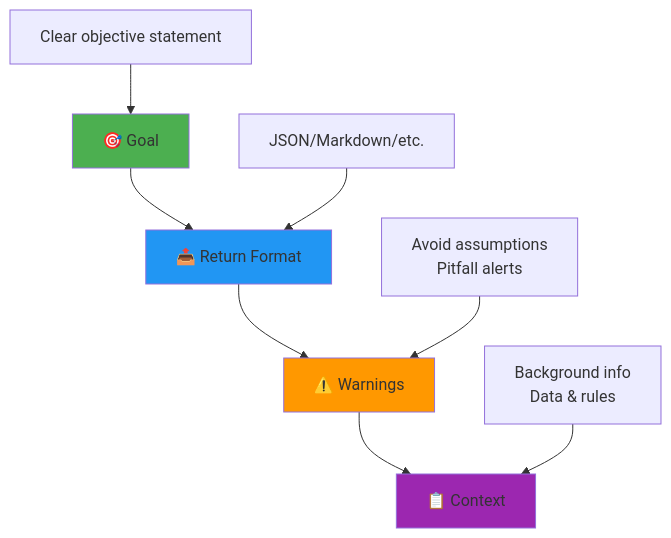
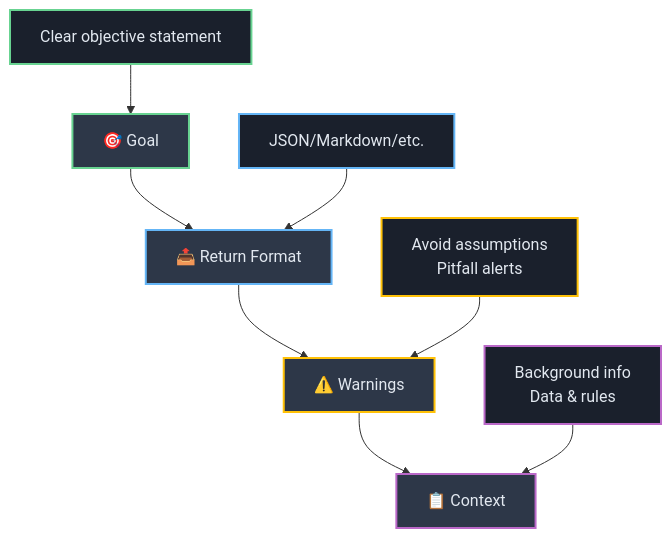
The third of 7 diagrams in Part_I_Section_3_Model-Specific_Blueprints_and_Advanced_Techniques.md (josemlopez/prompt_tutorial), drawn with Mermaid before and after one commit. The commit also changed other lines of this file and 7 other files, not shown here.

````diff
--- a/Part_I_Section_3_Model-Specific_Blueprints_and_Advanced_Techniques.md
+++ b/Part_I_Section_3_Model-Specific_Blueprints_and_Advanced_Techniques.md
@@ -130,16 +133,20 @@
 ```mermaid
 graph TD
-    A[🎯 Goal] --> B[📤 Return Format]
-    B --> C[⚠️ Warnings]
-    C --> D[📋 Context]
-    
-    A1[Clear objective statement] --> A
-    B1[JSON/Markdown/etc.] --> B
-    C1[Avoid assumptions<br/>Pitfall alerts] --> C
-    D1[Background info<br/>Data & rules] --> D
-    
-    style A fill:#4caf50
-    style B fill:#2196f3
-    style C fill:#ff9800
-    style D fill:#9c27b0
+   A[🎯 Goal] --> B[📤 Return Format]
+   B --> C[⚠️ Warnings]
+   C --> D[📋 Context]
+   
+   A1[Clear objective statement] --> A
+   B1[JSON/Markdown/etc.] --> B
+   C1[Avoid assumptions<br/>Pitfall alerts] --> C
+   D1[Background info<br/>Data & rules] --> D
+   
+   style A fill:#2d3748,stroke:#68d391,stroke-width:2px,color:#e2e8f0
+   style B fill:#2d3748,stroke:#64b5f6,stroke-width:2px,color:#e2e8f0
+   style C fill:#2d3748,stroke:#ffc107,stroke-width:2px,color:#e2e8f0
+   style D fill:#2d3748,stroke:#ba68c8,stroke-width:2px,color:#e2e8f0
+   style A1 fill:#1a202c,stroke:#68d391,stroke-width:2px,color:#e2e8f0
+   style B1 fill:#1a202c,stroke:#64b5f6,stroke-width:2px,color:#e2e8f0
+   style C1 fill:#1a202c,stroke:#ffc107,stroke-width:2px,color:#e2e8f0
+   style D1 fill:#1a202c,stroke:#ba68c8,stroke-width:2px,color:#e2e8f0
 ```
````
